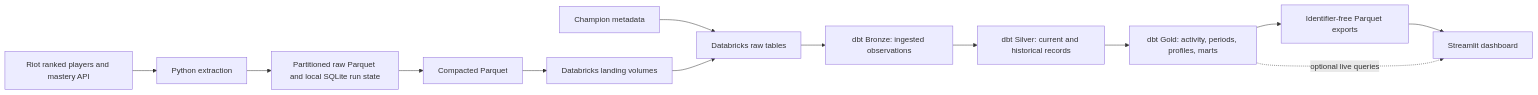
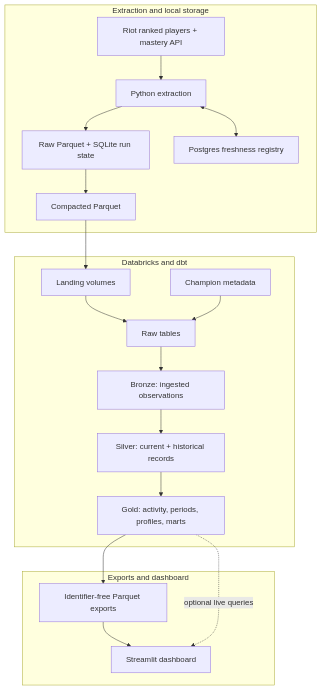
One commit to Pedro-Iaki/league-specialization-etl changed the diagram in README.md. Above: the diagram before and after it, drawn with Mermaid. The commit also changed other lines of this file and 3 other files, not shown here.

````diff
--- a/README.md
+++ b/README.md
@@ -36,15 +44,41 @@
 ```mermaid
-flowchart LR
-    A[Riot ranked players and mastery API] --> B[Python extraction]
-    B --> C[Partitioned raw Parquet and local SQLite run state]
-    C --> D[Compacted Parquet]
-    D --> E[Databricks landing volumes]
-    F[Champion metadata] --> G[Databricks raw tables]
-    E --> G
-    G --> H[dbt Bronze: ingested observations]
-    H --> I[dbt Silver: current and historical records]
-    I --> J[dbt Gold: activity, periods, profiles, marts]
-    J --> K[Identifier-free Parquet exports]
-    K --> L[Streamlit dashboard]
+    flowchart TD
+    subgraph Extraction["Extraction and local storage"]
+        A["Riot ranked players + mastery API"]
+        B["Python extraction"]
+        C["Raw Parquet + SQLite run state"]
+        P["Postgres freshness registry"]
+        D["Compacted Parquet"]
+
+        A --> B
+        B --> C
+        B <--> P
+        C --> D
+    end
+
+    subgraph Warehouse["Databricks and dbt"]
+        E["Landing volumes"]
+        F["Champion metadata"]
+        G["Raw tables"]
+        H["Bronze: ingested observations"]
+        I["Silver: current + historical records"]
+        J["Gold: activity, periods, profiles, marts"]
+
+        E --> G
+        F --> G
+        G --> H
+        H --> I
+        I --> J
+    end
+
+    subgraph Delivery["Exports and dashboard"]
+        K["Identifier-free Parquet exports"]
+        L["Streamlit dashboard"]
+
+        K --> L
+    end
+
+    D --> E
+    J --> K
     J -. optional live queries .-> L
 ```
````
